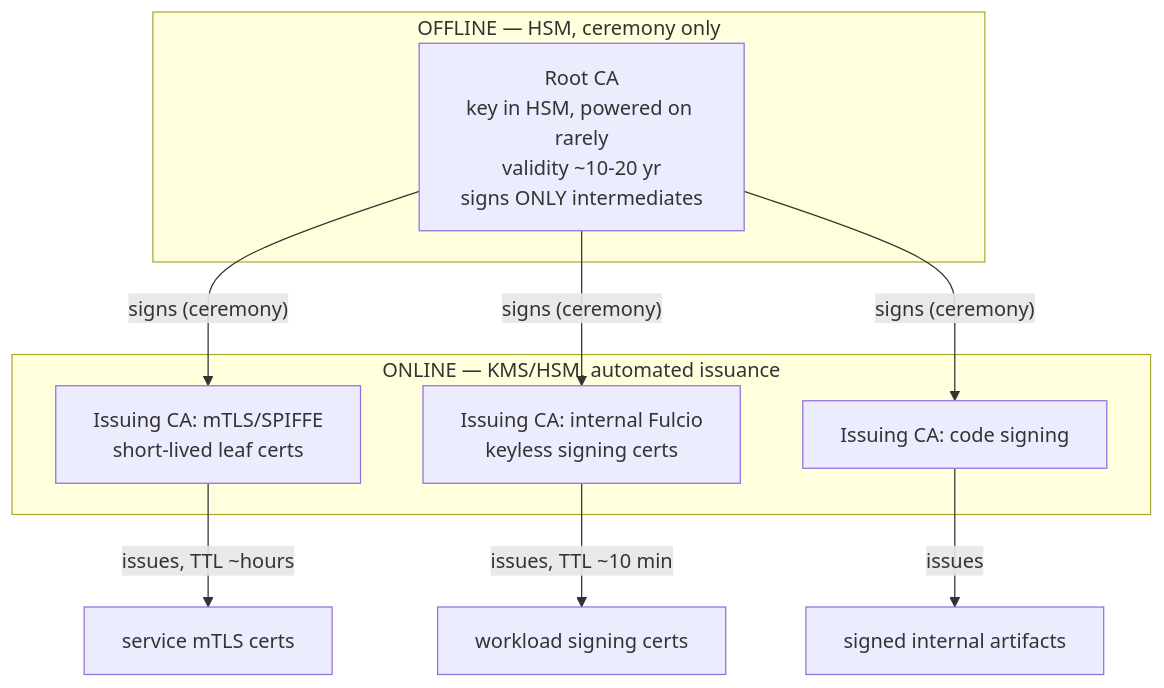
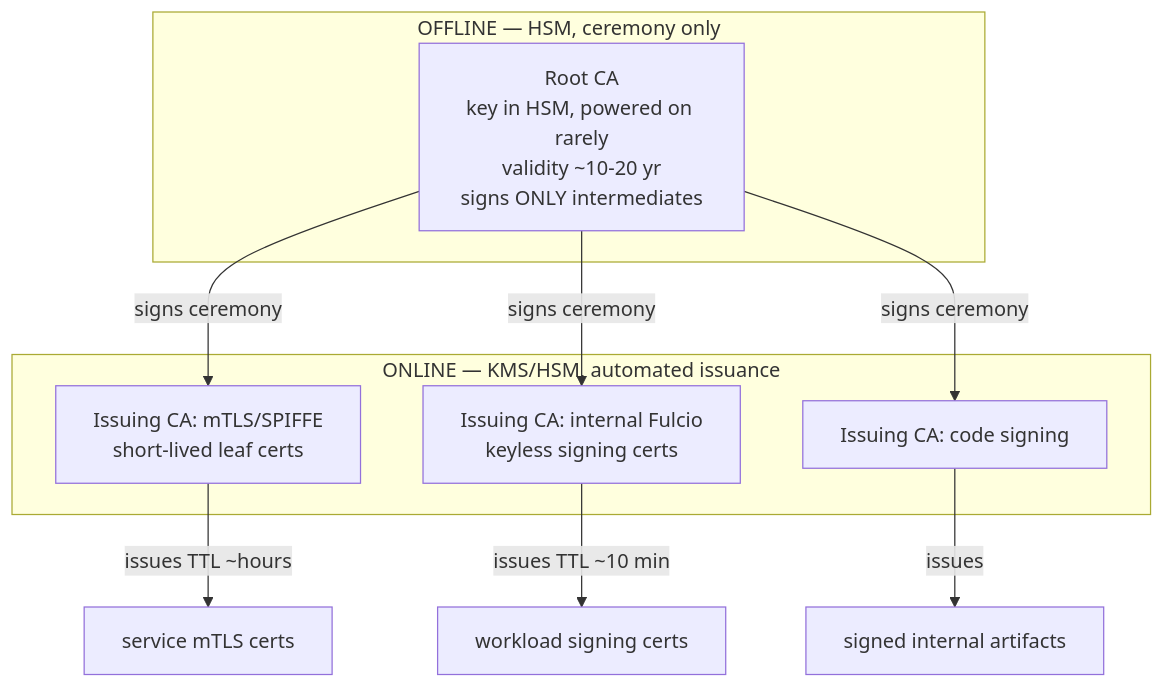
The second of 7 diagrams in book-05-signing-attestation/ch09-key-management.md (bumbsclaw/textbooks), drawn with Mermaid before and after one commit. The commit also changed other lines of this file and 173 other files, not shown here.

First line of the commit message:
fix(mermaid): close note brackets, semicolons in Notes, stateDiagram br -> dash, edge parens

````diff
--- a/book-05-signing-attestation/ch09-key-management.md
+++ b/book-05-signing-attestation/ch09-key-management.md
@@ -258,17 +258,17 @@
 ```mermaid
 flowchart TD
   subgraph offline["OFFLINE — HSM, ceremony only"]
     ROOT["Root CA<br/>key in HSM, powered on rarely<br/>validity ~10-20 yr<br/>signs ONLY intermediates"]
   end
   subgraph online["ONLINE — KMS/HSM, automated issuance"]
     INT1["Issuing CA: mTLS/SPIFFE<br/>short-lived leaf certs"]
     INT2["Issuing CA: internal Fulcio<br/>keyless signing certs"]
     INT3["Issuing CA: code signing"]
   end
-  ROOT -->|"signs (ceremony)"| INT1
-  ROOT -->|"signs (ceremony)"| INT2
-  ROOT -->|"signs (ceremony)"| INT3
-  INT1 -->|"issues, TTL ~hours"| L1["service mTLS certs"]
-  INT2 -->|"issues, TTL ~10 min"| L2["workload signing certs"]
+  ROOT -->|"signs ceremony "| INT1
+  ROOT -->|"signs ceremony "| INT2
+  ROOT -->|"signs ceremony "| INT3
+  INT1 -->|"issues TTL ~hours"| L1["service mTLS certs"]
+  INT2 -->|"issues TTL ~10 min"| L2["workload signing certs"]
   INT3 -->|"issues"| L3["signed internal artifacts"]
 ```
````
